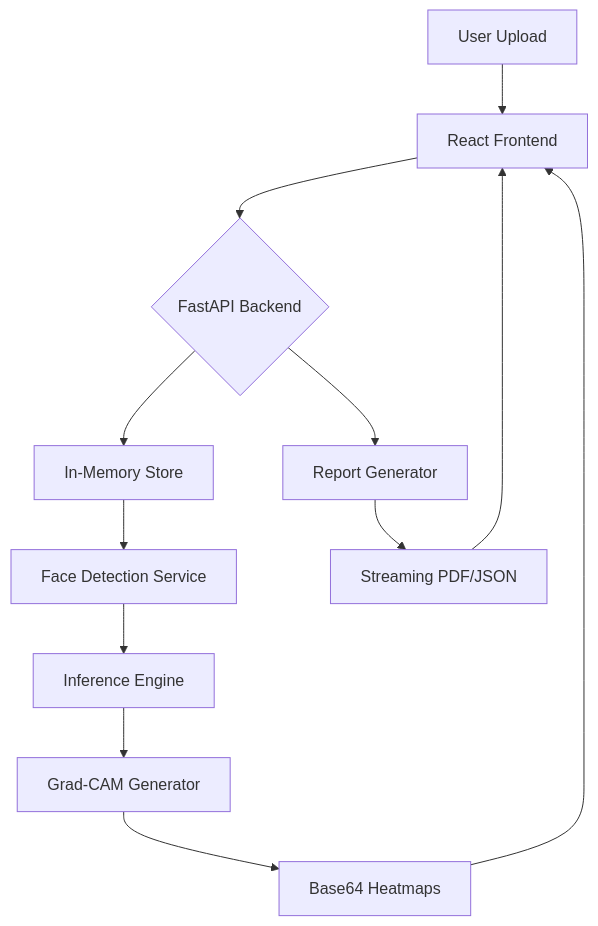
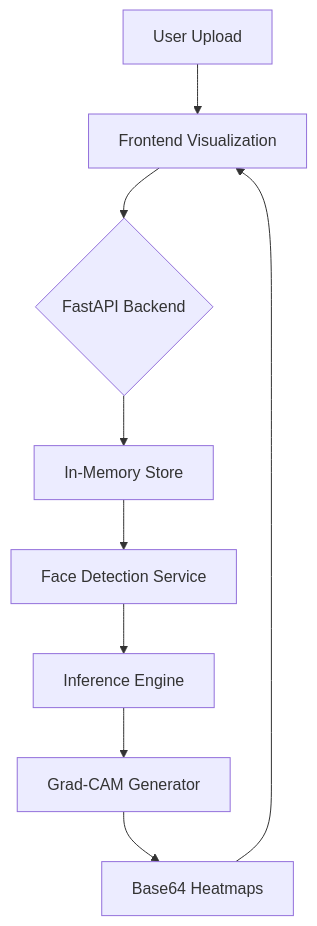
The diagram in README.md (4yu5h-crtl/Deepfake_Detector), drawn with Mermaid before and after one commit. The commit also changed other lines of this file, not shown here.

````diff
--- a/README.md
+++ b/README.md
@@ -33,14 +36,11 @@
 ```mermaid
 graph TD
     A[User Upload] --> B[React Frontend]
     B --> C{FastAPI Backend}
     C --> D[In-Memory Store]
     D --> E[Face Detection Service]
     E --> F[Inference Engine]
     F --> G[Grad-CAM Generator]
     G --> H[Base64 Heatmaps]
-    H --> B
-    C --> I[Report Generator]
-    I --> J[Streaming PDF/JSON]
-    J --> B
+    H --> B[Frontend Visualization]
 ```
````
